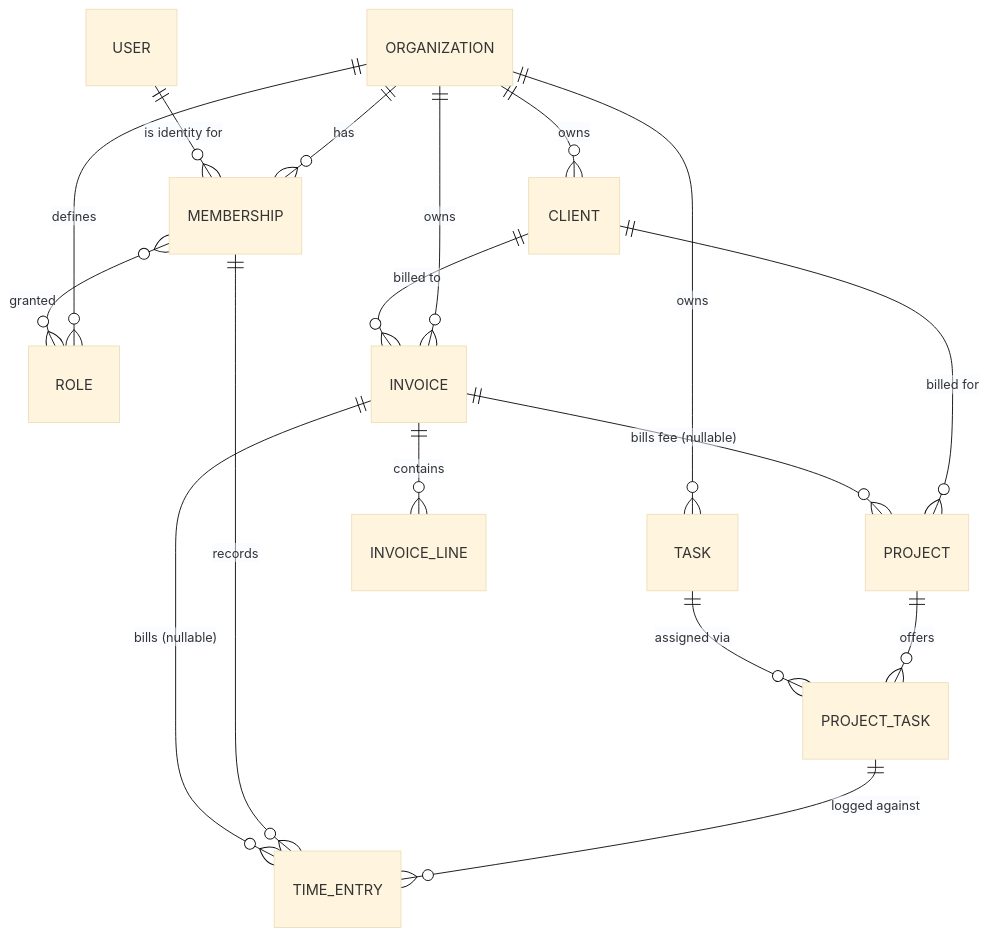
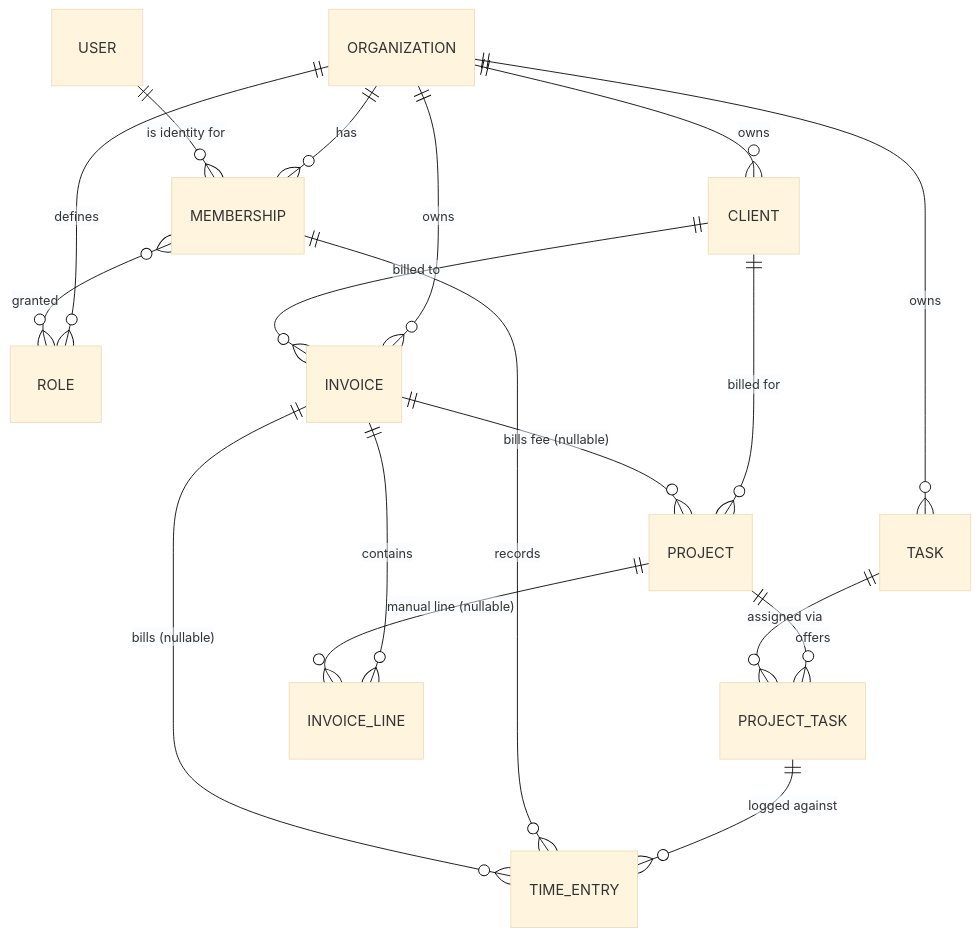
The diagram in docs/requirements/data-model.md (CaseyZS/Conflux-POC), drawn with Mermaid (base theme) before and after one commit. The commit also changed other lines of this file and 1 other file, not shown here.

````diff
--- a/docs/requirements/data-model.md
+++ b/docs/requirements/data-model.md
@@ -53,19 +53,20 @@
 ```mermaid
 erDiagram
     ORGANIZATION ||--o{ MEMBERSHIP : has
     ORGANIZATION ||--o{ CLIENT : owns
     ORGANIZATION ||--o{ TASK : owns
     ORGANIZATION ||--o{ ROLE : defines
     USER ||--o{ MEMBERSHIP : "is identity for"
     MEMBERSHIP }o--o{ ROLE : granted
     CLIENT ||--o{ PROJECT : "billed for"
     PROJECT ||--o{ PROJECT_TASK : offers
     TASK ||--o{ PROJECT_TASK : "assigned via"
     PROJECT_TASK ||--o{ TIME_ENTRY : "logged against"
     MEMBERSHIP ||--o{ TIME_ENTRY : records
     ORGANIZATION ||--o{ INVOICE : owns
     CLIENT ||--o{ INVOICE : "billed to"
     INVOICE ||--o{ INVOICE_LINE : contains
     INVOICE ||--o{ TIME_ENTRY : "bills (nullable)"
     INVOICE ||--o{ PROJECT : "bills fee (nullable)"
+    PROJECT ||--o{ INVOICE_LINE : "manual line (nullable)"
 ```
````
